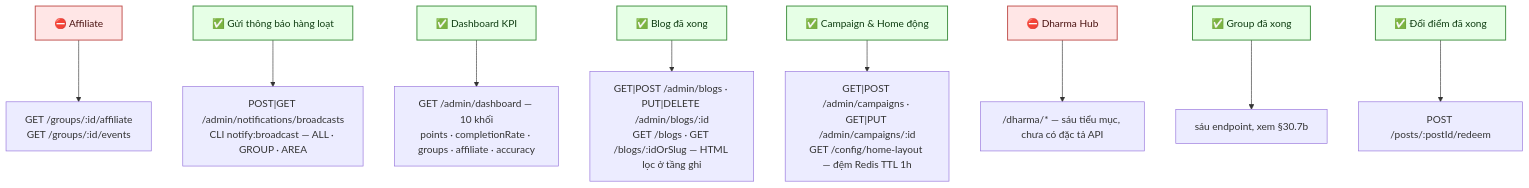
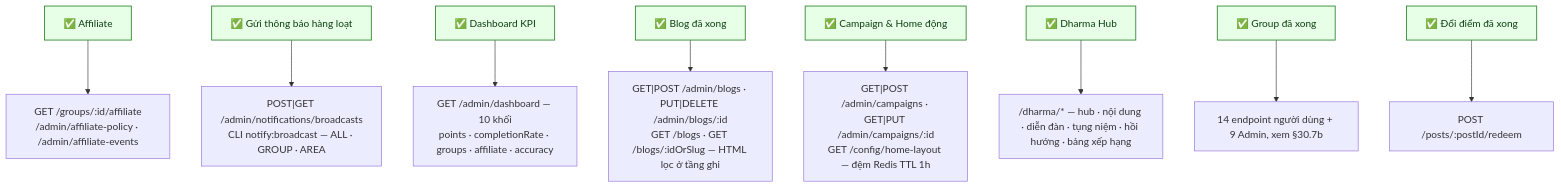
Before and after one commit to fdshn/trueheart: the second of 2 diagrams in docs/diagram/30-endpoint-matrix.md, drawn with Mermaid. The commit also changed other lines of this file and 49 other files, not shown here.

````diff
--- a/docs/diagram/30-endpoint-matrix.md
+++ b/docs/diagram/30-endpoint-matrix.md
@@ -182,21 +231,21 @@
 ```mermaid
 flowchart TD
-    B["⛔ Affiliate"] --> B1["GET /groups/:id/affiliate<br/>GET /groups/:id/events"]
+    B["✅ Affiliate"] --> B1["GET /groups/:id/affiliate<br/>/admin/affiliate-policy · /admin/affiliate-events"]
     H["✅ Gửi thông báo hàng loạt"] --> H1["POST|GET /admin/notifications/broadcasts<br/>CLI notify:broadcast — ALL · GROUP · AREA"]
     D["✅ Dashboard KPI"] --> D1["GET /admin/dashboard — 10 khối<br/>points · completionRate · groups · affiliate · accuracy"]
     E["✅ Blog đã xong"] --> E1["GET|POST /admin/blogs · PUT|DELETE /admin/blogs/:id<br/>GET /blogs · GET /blogs/:idOrSlug — HTML lọc ở tầng ghi"]
     G["✅ Campaign & Home động"] --> G1["GET|POST /admin/campaigns · GET|PUT /admin/campaigns/:id<br/>GET /config/home-layout — đệm Redis TTL 1h"]
-    F["⛔ Dharma Hub"] --> F1["/dharma/* — sáu tiểu mục, chưa có đặc tả API"]
+    F["✅ Dharma Hub"] --> F1["/dharma/* — hub · nội dung · diễn đàn · tụng niệm · hồi hướng · bảng xếp hạng"]
 
-    A["✅ Group đã xong"] --> A1["sáu endpoint, xem §30.7b"]
+    A["✅ Group đã xong"] --> A1["14 endpoint người dùng + 9 Admin, xem §30.7b"]
     C["✅ Đổi điểm đã xong"] --> C1["POST /posts/:postId/redeem"]
 
     style A fill:#e6ffe6,stroke:#3f8f3f,stroke-width:1.5px,color:#0f3d12
     style C fill:#e6ffe6,stroke:#3f8f3f,stroke-width:1.5px,color:#0f3d12
-    style B fill:#ffe6e6,stroke:#c0504d,stroke-width:1.5px,color:#4a1210
+    style B fill:#e6ffe6,stroke:#3f8f3f,stroke-width:1.5px,color:#0f3d12
     style D fill:#e6ffe6,stroke:#3f8f3f,stroke-width:1.5px,color:#0f3d12
     style E fill:#e6ffe6,stroke:#3f8f3f,stroke-width:1.5px,color:#0f3d12
-    style F fill:#ffe6e6,stroke:#c0504d,stroke-width:1.5px,color:#4a1210
+    style F fill:#e6ffe6,stroke:#3f8f3f,stroke-width:1.5px,color:#0f3d12
     style G fill:#e6ffe6,stroke:#3f8f3f,stroke-width:1.5px,color:#0f3d12
     style H fill:#e6ffe6,stroke:#3f8f3f,stroke-width:1.5px,color:#0f3d12
 ```
````
